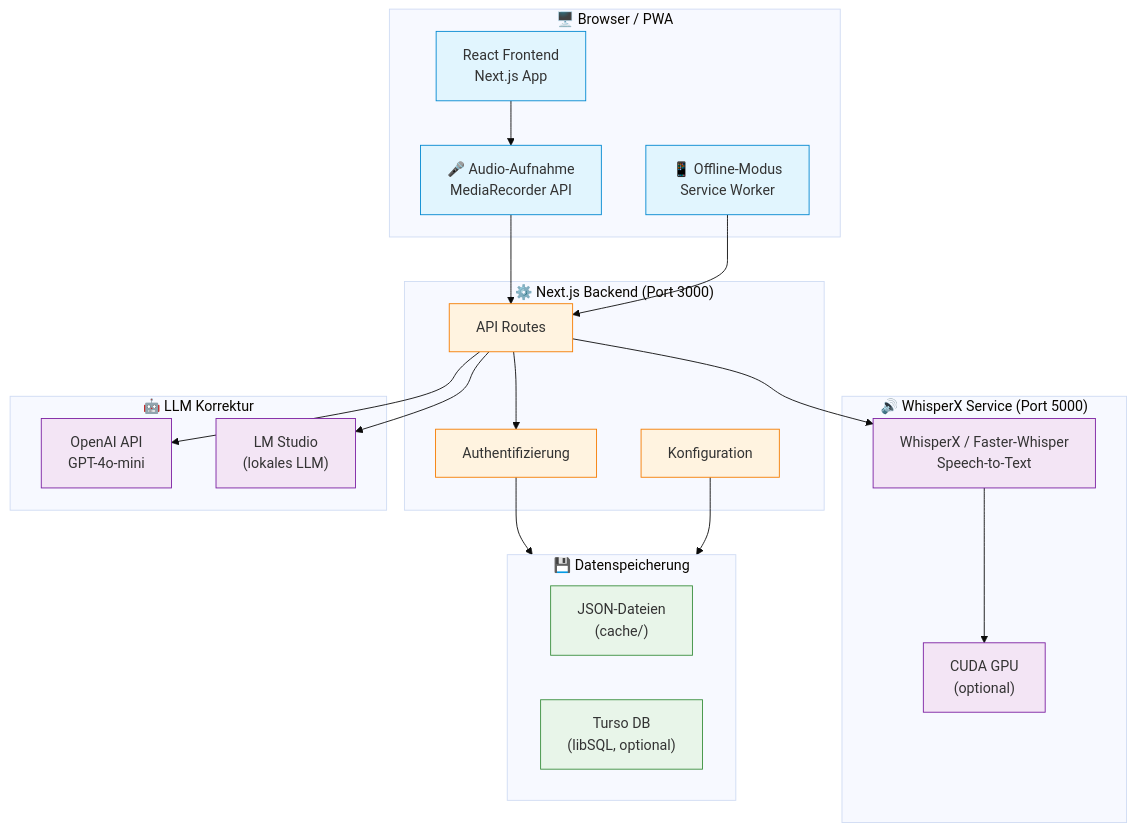
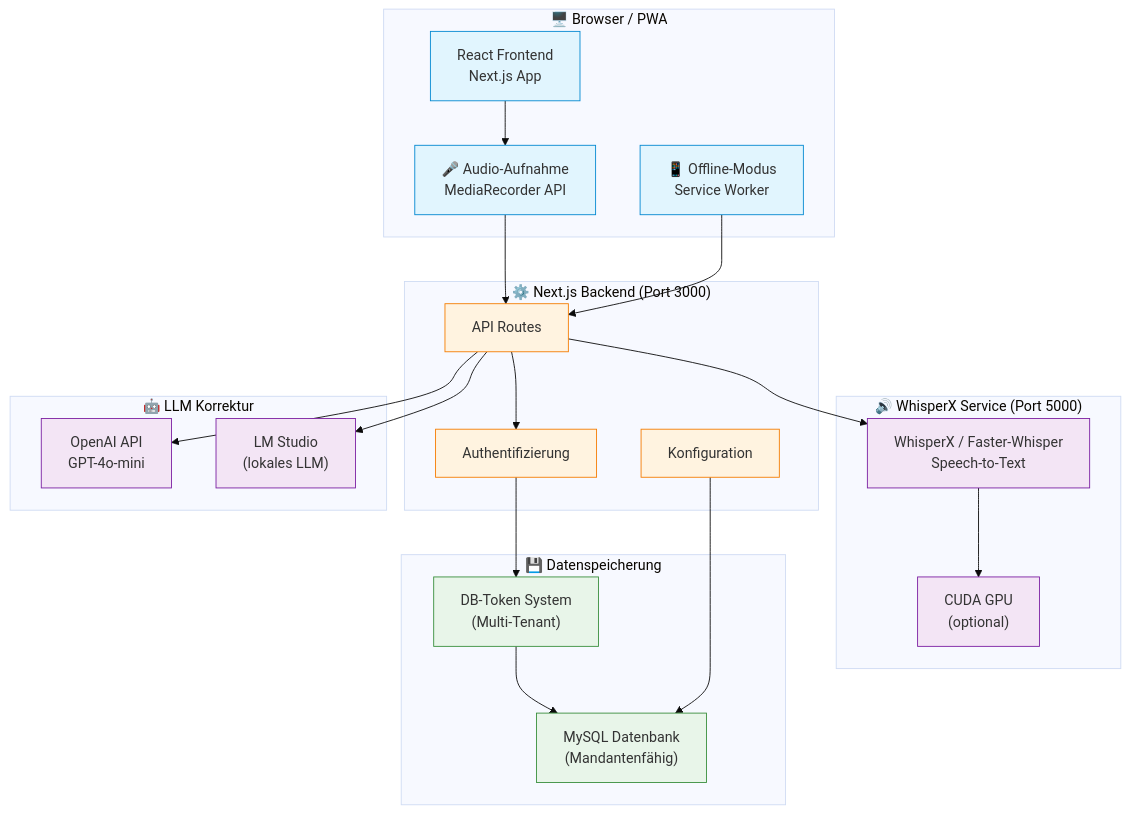
Before and after one commit to andreasknopke/Schreibdienst: the first of 15 diagrams in ARCHITECTURE.md, drawn with Mermaid (base theme). The commit also changed other lines of this file and 2 other files, not shown here.

````diff
--- a/ARCHITECTURE.md
+++ b/ARCHITECTURE.md
@@ -11,50 +11,51 @@
 ```mermaid
 flowchart TB
     subgraph Client["🖥️ Browser / PWA"]
         UI["React Frontend<br/>Next.js App"]
         AudioRec["🎤 Audio-Aufnahme<br/>MediaRecorder API"]
         PWA["📱 Offline-Modus<br/>Service Worker"]
     end
 
     subgraph NextJS["⚙️ Next.js Backend (Port 3000)"]
         API["API Routes"]
         Auth["Authentifizierung"]
         Config["Konfiguration"]
     end
 
     subgraph WhisperSvc["🔊 WhisperX Service (Port 5000)"]
         Whisper["WhisperX / Faster-Whisper<br/>Speech-to-Text"]
         GPU["CUDA GPU<br/>(optional)"]
     end
 
     subgraph LLM["🤖 LLM Korrektur"]
         OpenAI["OpenAI API<br/>GPT-4o-mini"]
         LMStudio["LM Studio<br/>(lokales LLM)"]
     end
 
     subgraph Storage["💾 Datenspeicherung"]
-        FileDB["JSON-Dateien<br/>(cache/)"]
-        TursoDB["Turso DB<br/>(libSQL, optional)"]
+        MySQL["MySQL Datenbank<br/>(Mandantenfähig)"]
+        DBToken["DB-Token System<br/>(Multi-Tenant)"]
     end
 
     UI --> AudioRec
     AudioRec --> API
     API --> Whisper
     Whisper --> GPU
     API --> OpenAI
     API --> LMStudio
     API --> Auth
-    Auth --> Storage
-    Config --> Storage
+    Auth --> DBToken
+    DBToken --> MySQL
+    Config --> MySQL
     PWA --> API
 
     classDef client fill:#e1f5fe,stroke:#0288d1
     classDef backend fill:#fff3e0,stroke:#f57c00
     classDef ai fill:#f3e5f5,stroke:#7b1fa2
     classDef storage fill:#e8f5e9,stroke:#388e3c
 
     class UI,AudioRec,PWA client
     class API,Auth,Config backend
     class Whisper,GPU,OpenAI,LMStudio ai
-    class FileDB,TursoDB storage
+    class MySQL,DBToken storage
 ```
````
